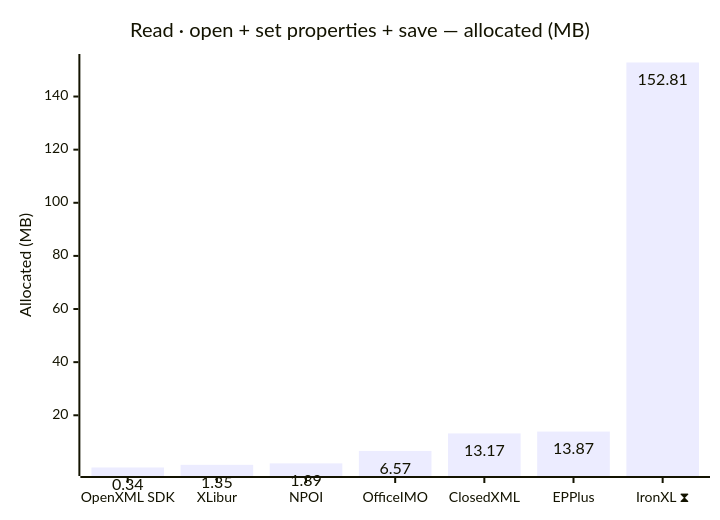
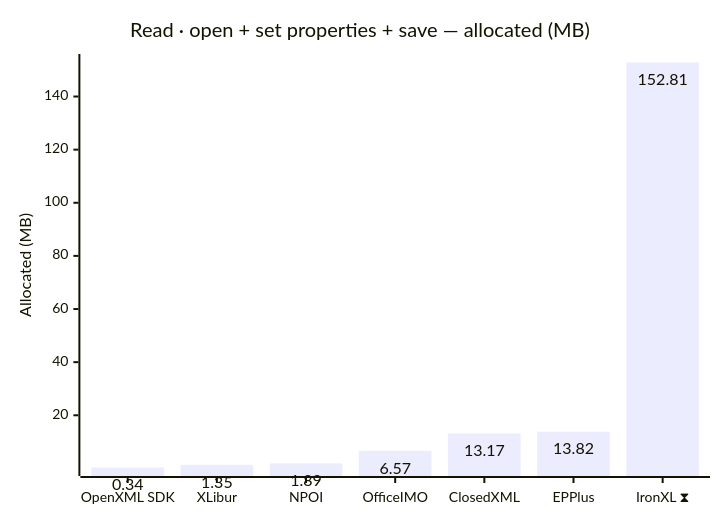
The second of 12 diagrams in docs/results-ci.md (jafin/XLBench), drawn with Mermaid before and after one commit. The commit also changed other lines of this file, not shown here.

````diff
--- a/docs/results-ci.md
+++ b/docs/results-ci.md
@@ -56,12 +56,12 @@
 ```mermaid
 ---
 config:
   xyChart:
     showDataLabel: true
 ---
 xychart-beta
     title "Read · open + set properties + save — allocated (MB)"
     x-axis ["OpenXML SDK", "XLibur", "NPOI", "OfficeIMO", "ClosedXML", "EPPlus", "IronXL ⧗"]
     y-axis "Allocated (MB)"
-    bar [0.34, 1.35, 1.89, 6.57, 13.17, 13.87, 152.81]
+    bar [0.34, 1.35, 1.89, 6.57, 13.17, 13.82, 152.81]
 ```
````
